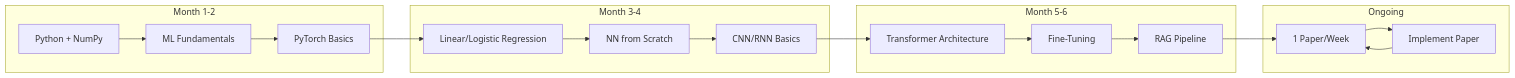
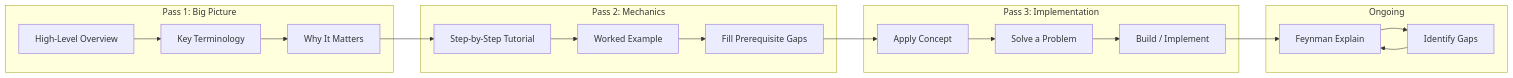
Before and after one commit to Raushan666java/ai-engineering-journey: the diagram in docs/courses/learning-how-to-learn-practical/ch-09-ai-ml-learning-strategy.md, drawn with Mermaid. The commit also changed other lines of this file and 14 other files, not shown here.

````diff
--- a/docs/courses/learning-how-to-learn-practical/ch-09-ai-ml-learning-strategy.md
+++ b/docs/courses/learning-how-to-learn-practical/ch-09-ai-ml-learning-strategy.md
@@ -18,22 +18,22 @@
 ```mermaid
 flowchart LR
-    subgraph Month 1-2
-        A[Python + NumPy] --> B[ML Fundamentals]
-        B --> C[PyTorch Basics]
+    subgraph Pass 1: Big Picture
+        A[High-Level Overview] --> B[Key Terminology]
+        B --> C[Why It Matters]
     end
-    subgraph Month 3-4
-        D[Linear/Logistic Regression] --> E[NN from Scratch]
-        E --> F[CNN/RNN Basics]
+    subgraph Pass 2: Mechanics
+        D[Step-by-Step Tutorial] --> E[Worked Example]
+        E --> F[Fill Prerequisite Gaps]
     end
-    subgraph Month 5-6
-        G[Transformer Architecture] --> H[Fine-Tuning]
-        H --> I[RAG Pipeline]
+    subgraph Pass 3: Implementation
+        G[Apply Concept] --> H[Solve a Problem]
+        H --> I[Build / Implement]
     end
     subgraph Ongoing
-        J[1 Paper/Week] --> K[Implement Paper]
+        J[Feynman Explain] --> K[Identify Gaps]
         K --> J
     end
     C --> D
     F --> G
     I --> J
 ```
````
